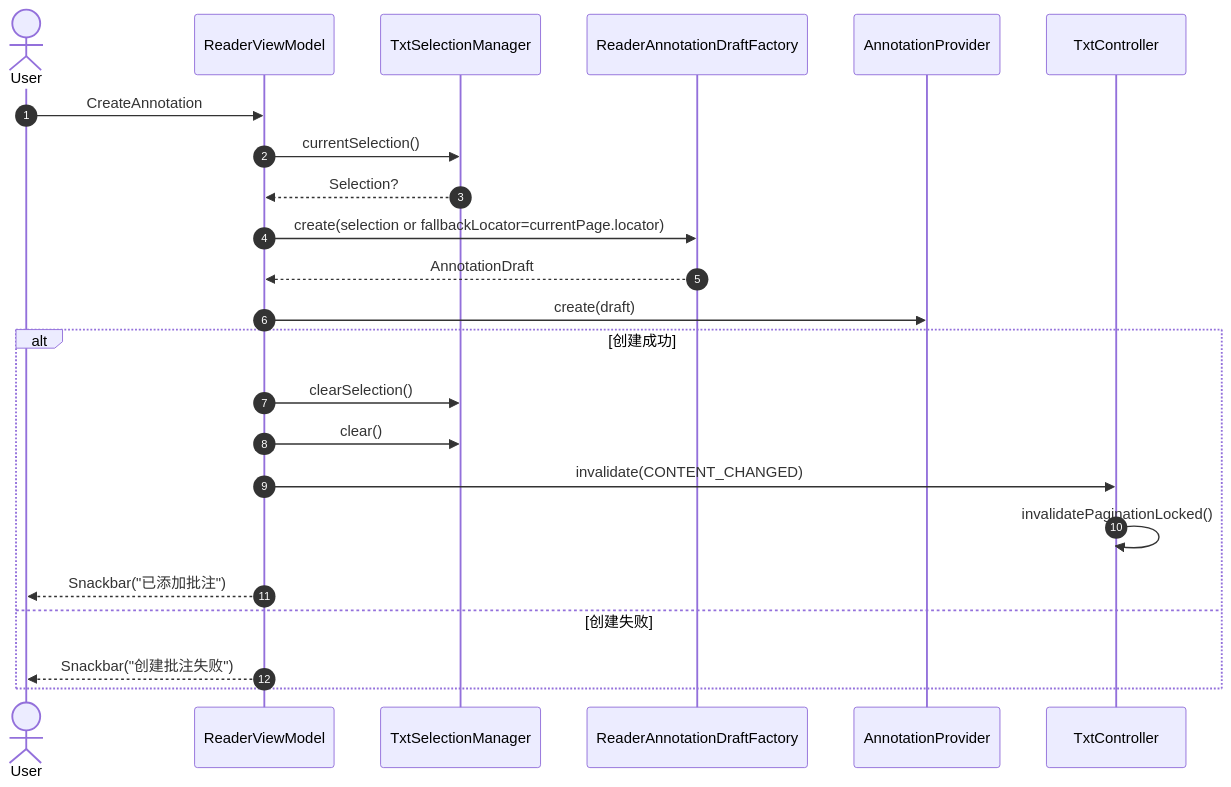
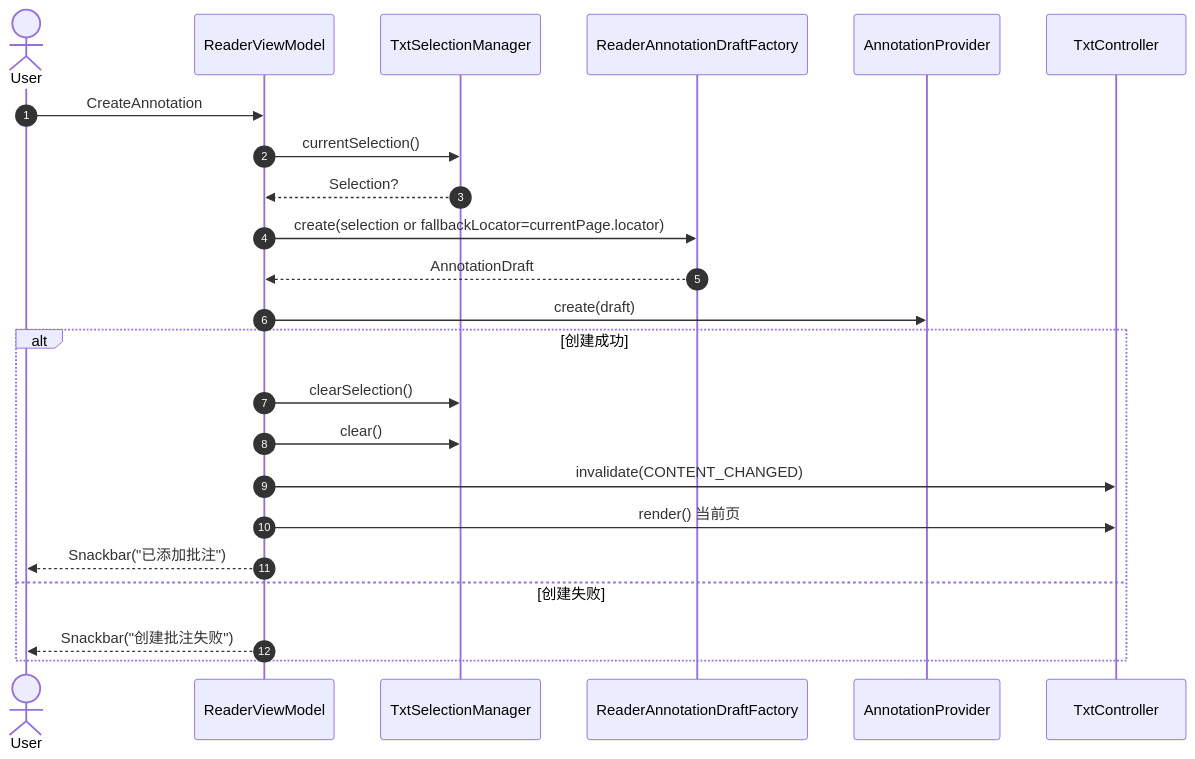
One commit to wuShan-n/iReader changed the seventh of 8 diagrams in doc/txt-reading-sequence.md. Above: the diagram before and after it, drawn with Mermaid. The commit also changed other lines of this file and 20 other files, not shown here.

````diff
--- a/doc/txt-reading-sequence.md
+++ b/doc/txt-reading-sequence.md
@@ -424,27 +427,27 @@
 ```mermaid
 sequenceDiagram
     autonumber
     actor User as User
     participant VM as ReaderViewModel
     participant Selection as TxtSelectionManager
     participant DraftFactory as ReaderAnnotationDraftFactory
     participant Annotation as AnnotationProvider
     participant Controller as TxtController
 
     User->>VM: CreateAnnotation
     VM->>Selection: currentSelection()
     Selection-->>VM: Selection?
     VM->>DraftFactory: create(selection or fallbackLocator=currentPage.locator)
     DraftFactory-->>VM: AnnotationDraft
     VM->>Annotation: create(draft)
 
     alt 创建成功
         VM->>Selection: clearSelection()
         VM->>Selection: clear()
         VM->>Controller: invalidate(CONTENT_CHANGED)
-        Controller->>Controller: invalidatePaginationLocked()
+        VM->>Controller: render() 当前页
         VM-->>User: Snackbar("已添加批注")
     else 创建失败
         VM-->>User: Snackbar("创建批注失败")
     end
 ```
````
